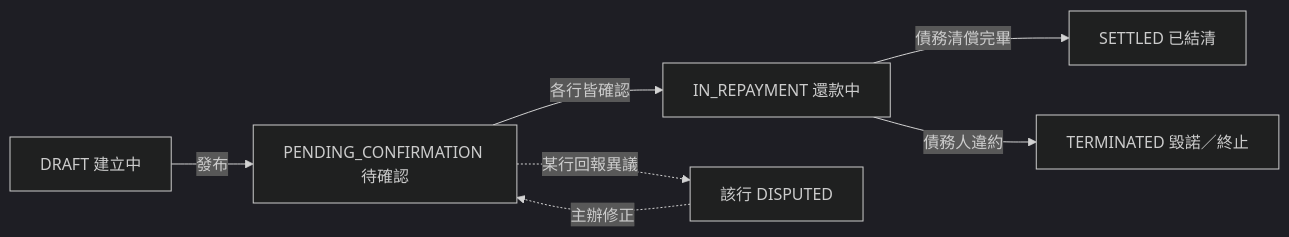
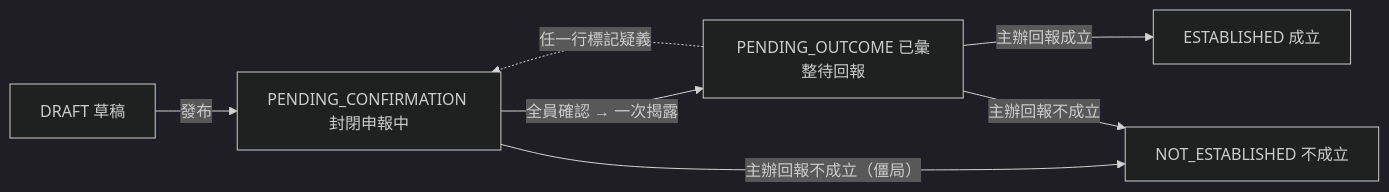
Before and after one commit to mobrick-zeng/DataExchange: the first of 3 diagrams in MANUAL.md, drawn with Mermaid (dark theme). The commit also changed other lines of this file and 13 other files, not shown here.

````diff
--- a/MANUAL.md
+++ b/MANUAL.md
@@ -28,9 +29,9 @@
 ```mermaid
 flowchart LR
-  A[DRAFT 建立中] -->|發布| B[PENDING_CONFIRMATION 待確認]
-  B -->|各行皆確認| C[IN_REPAYMENT 還款中]
-  B -.->|某行回報異議| B2[該行 DISPUTED]
-  B2 -.->|主辦修正| B
-  C -->|債務清償完畢| D[SETTLED 已結清]
-  C -->|債務人違約| E[TERMINATED 毀諾／終止]
+  A[DRAFT 草稿] -->|發布| B[PENDING_CONFIRMATION 封閉申報中]
+  B -->|全員確認 → 一次揭露| C[PENDING_OUTCOME 已彙整待回報]
+  C -.->|任一行標記疑義| B
+  B -->|主辦回報不成立（僵局）| E[NOT_ESTABLISHED 不成立]
+  C -->|主辦回報成立| D[ESTABLISHED 成立]
+  C -->|主辦回報不成立| E
 ```
````
